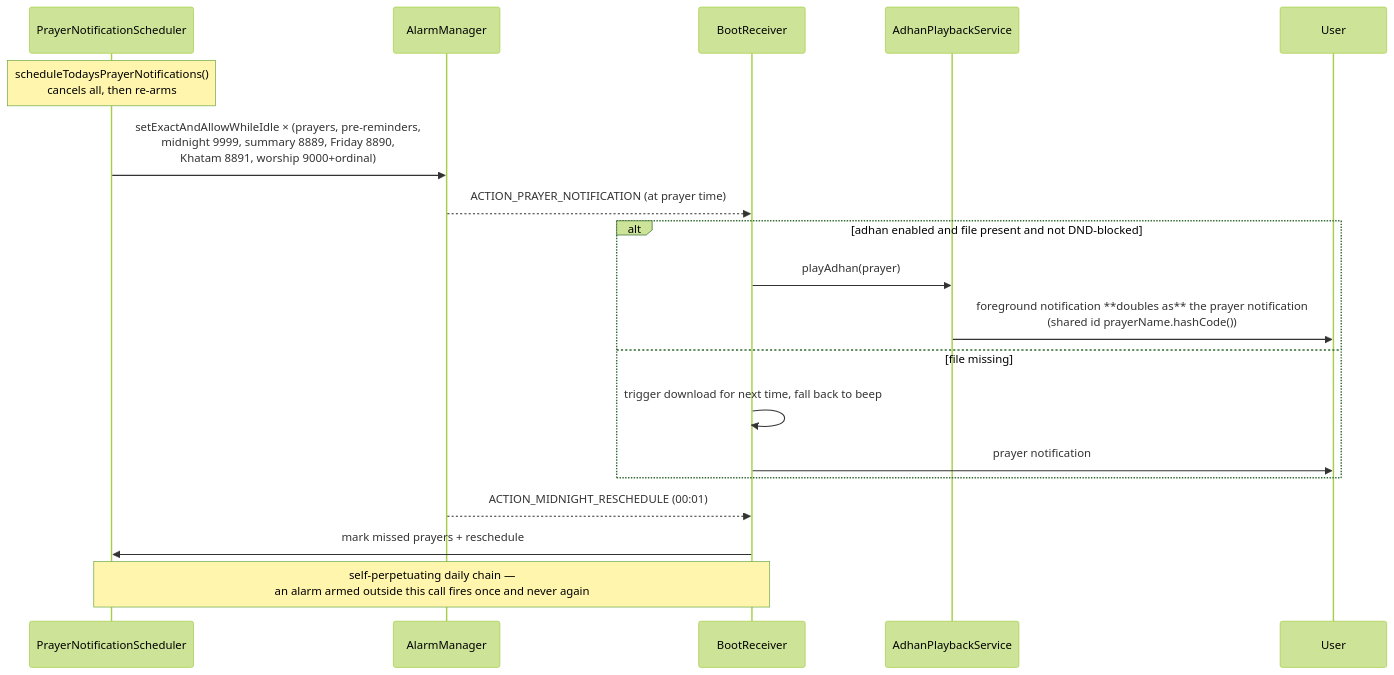
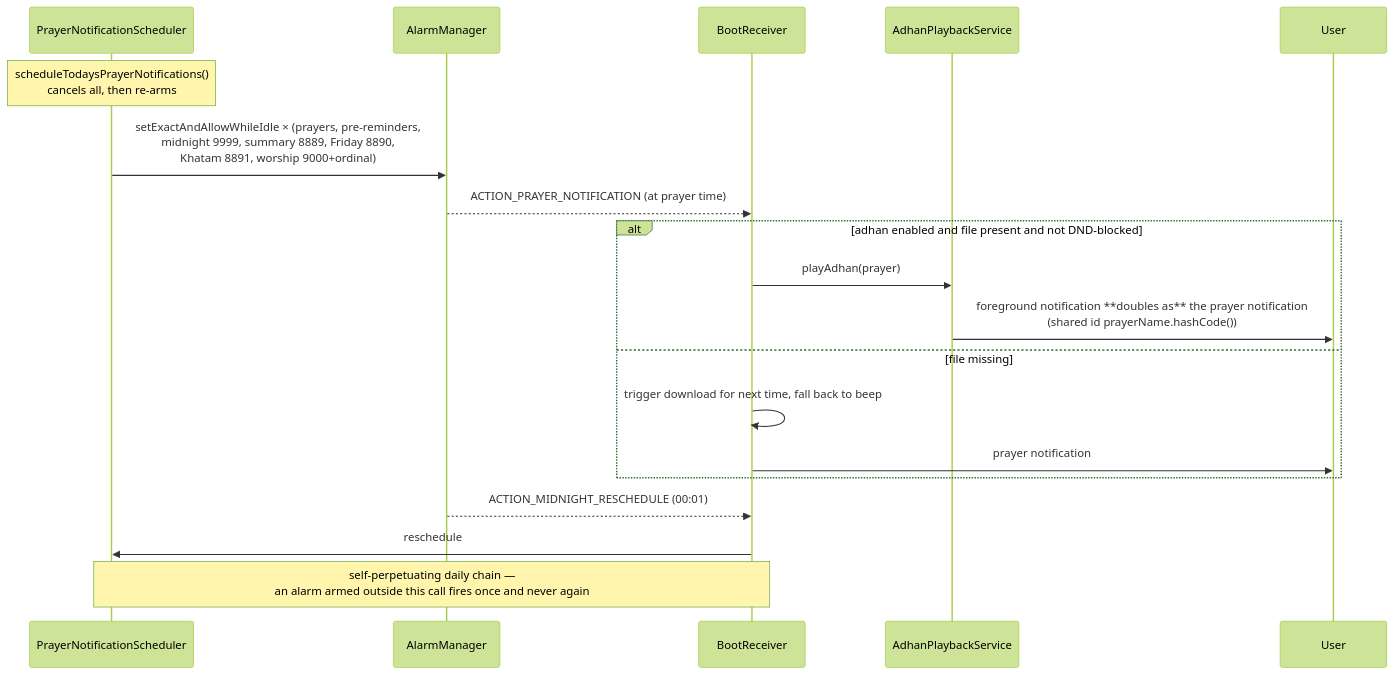
One commit to arshad-shah/Nimaz changed the third of 4 diagrams in docs/SUBSYSTEMS.md. Above: the diagram before and after it, drawn with Mermaid (forest theme). The commit also changed other lines of this file and 9 other files, not shown here.

````diff
--- a/docs/SUBSYSTEMS.md
+++ b/docs/SUBSYSTEMS.md
@@ -397,22 +397,22 @@
 ```mermaid
 sequenceDiagram
     participant Sched as PrayerNotificationScheduler
     participant AM as AlarmManager
     participant BR as BootReceiver
     participant Svc as AdhanPlaybackService
     participant User
 
     Note over Sched: scheduleTodaysPrayerNotifications()<br/>cancels all, then re-arms
     Sched->>AM: setExactAndAllowWhileIdle × (prayers, pre-reminders,<br/>midnight 9999, summary 8889, Friday 8890,<br/>Khatam 8891, worship 9000+ordinal)
     AM-->>BR: ACTION_PRAYER_NOTIFICATION (at prayer time)
     alt adhan enabled and file present and not DND-blocked
         BR->>Svc: playAdhan(prayer)
         Svc->>User: foreground notification **doubles as** the prayer notification<br/>(shared id prayerName.hashCode())
     else file missing
         BR->>BR: trigger download for next time, fall back to beep
         BR->>User: prayer notification
     end
     AM-->>BR: ACTION_MIDNIGHT_RESCHEDULE (00:01)
-    BR->>Sched: mark missed prayers + reschedule
+    BR->>Sched: reschedule
     Note over BR,Sched: self-perpetuating daily chain —<br/>an alarm armed outside this call fires once and never again
 ```
````
